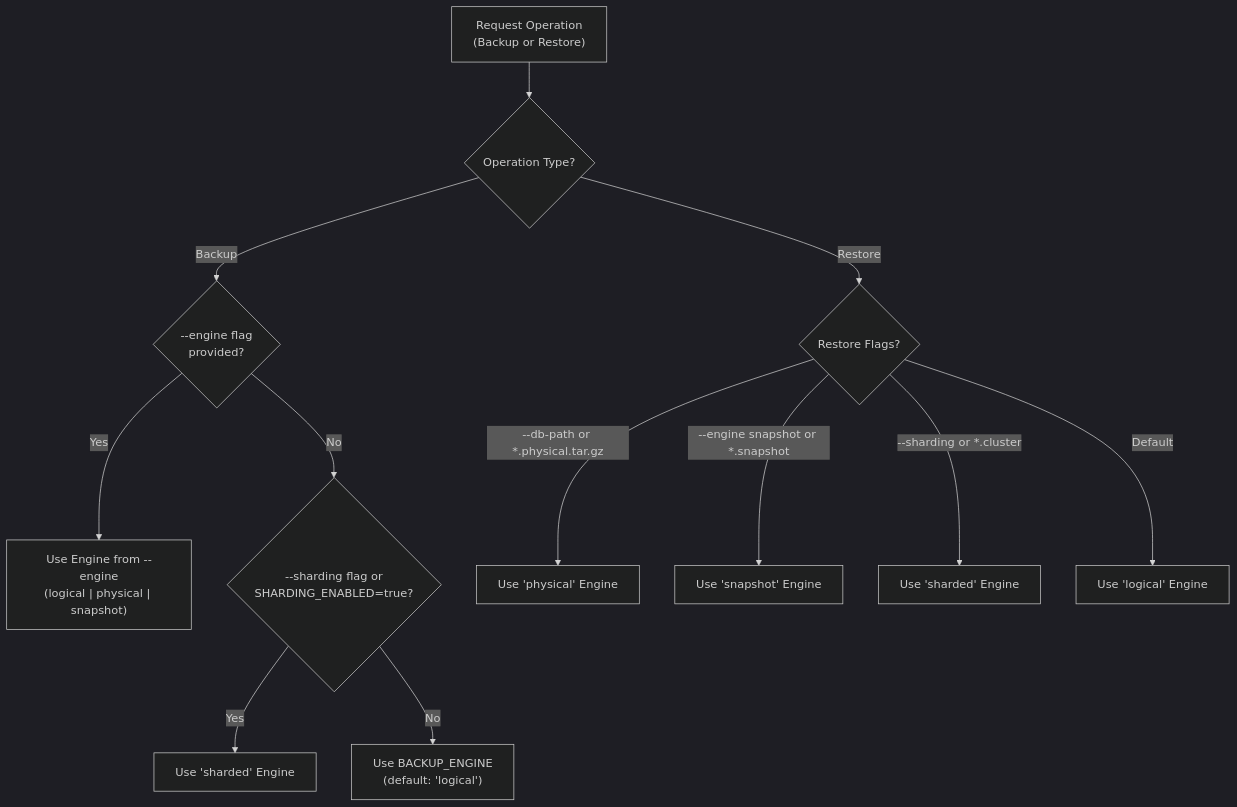
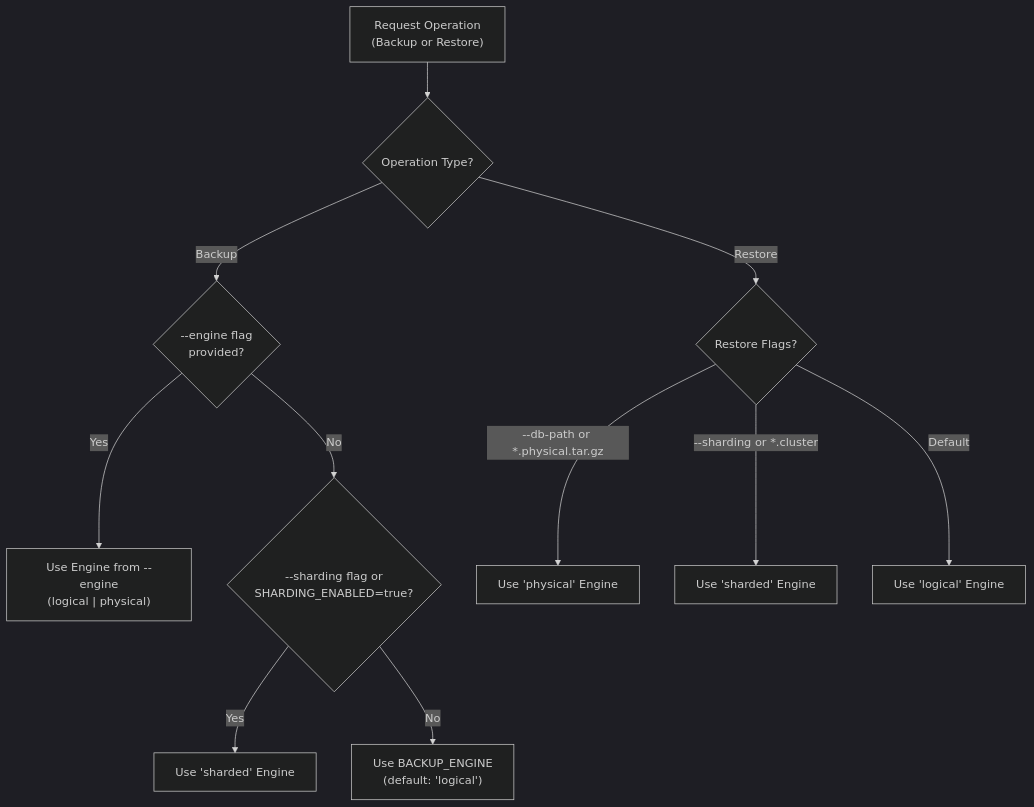
The fifth of 11 diagrams in README.md (bhatbazik/MongoVault), drawn with Mermaid (dark theme) before and after one commit. The commit also changed other lines of this file and 30 other files, not shown here.

Commit message:
refactor: remove snapshot backup engine and associated documentation

````diff
--- a/README.md
+++ b/README.md
@@ -584,16 +579,15 @@
 ```mermaid
 flowchart TD
     Start["Request Operation\n(Backup or Restore)"] --> IsBackup{"Operation Type?"}
 
     IsBackup -- Backup --> CheckEngineParam{"--engine flag\nprovided?"}
-    CheckEngineParam -- Yes --> UseFlagEngine["Use Engine from --engine\n(logical | physical | snapshot)"]
+    CheckEngineParam -- Yes --> UseFlagEngine["Use Engine from --engine\n(logical | physical)"]
     CheckEngineParam -- No --> CheckSharding{"--sharding flag or\nSHARDING_ENABLED=true?"}
     CheckSharding -- Yes --> UseSharded["Use 'sharded' Engine"]
     CheckSharding -- No --> UseConfigEngine["Use BACKUP_ENGINE\n(default: 'logical')"]
 
     IsBackup -- Restore --> CheckRestoreFlags{"Restore Flags?"}
     CheckRestoreFlags -- "--db-path or *.physical.tar.gz" --> UsePhysicalRestore["Use 'physical' Engine"]
-    CheckRestoreFlags -- "--engine snapshot or *.snapshot" --> UseSnapshotRestore["Use 'snapshot' Engine"]
     CheckRestoreFlags -- "--sharding or *.cluster" --> UseShardedRestore["Use 'sharded' Engine"]
     CheckRestoreFlags -- Default --> UseLogicalRestore["Use 'logical' Engine"]
 ```
````
